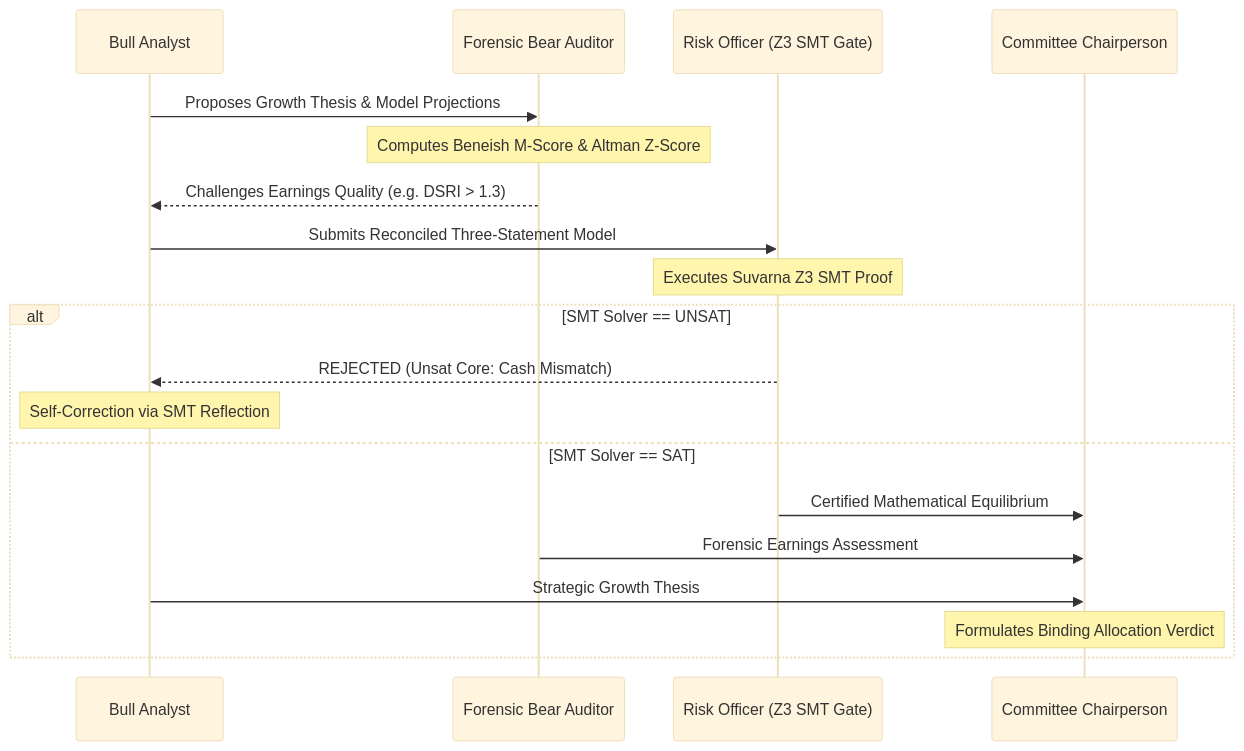
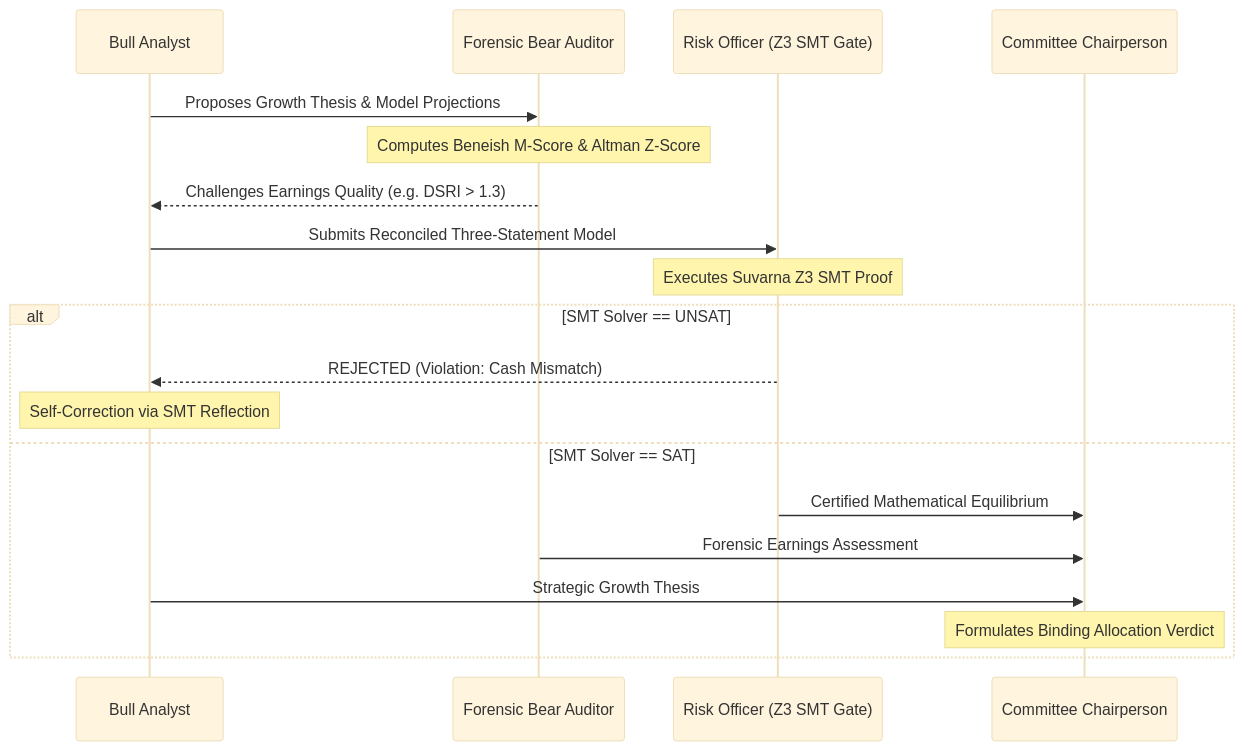
The diagram in docs/papers/01_framework_paper.md (MaxonT/lilavati), drawn with Mermaid (base theme) before and after one commit. The commit also changed other lines of this file and 11 other files, not shown here.

````diff
--- a/docs/papers/01_framework_paper.md
+++ b/docs/papers/01_framework_paper.md
@@ -248,22 +246,22 @@
 ```mermaid
 sequenceDiagram
     participant B as Bull Analyst
     participant F as Forensic Bear Auditor
     participant R as Risk Officer (Z3 SMT Gate)
     participant C as Committee Chairperson
 
     B->>F: Proposes Growth Thesis & Model Projections
     Note over F: Computes Beneish M-Score & Altman Z-Score
     F-->>B: Challenges Earnings Quality (e.g. DSRI > 1.3)
     B->>R: Submits Reconciled Three-Statement Model
     Note over R: Executes Suvarna Z3 SMT Proof
     alt SMT Solver == UNSAT
-        R-->>B: REJECTED (Unsat Core: Cash Mismatch)
+        R-->>B: REJECTED (Violation: Cash Mismatch)
         Note over B: Self-Correction via SMT Reflection
     else SMT Solver == SAT
         R->>C: Certified Mathematical Equilibrium
         F->>C: Forensic Earnings Assessment
         B->>C: Strategic Growth Thesis
         Note over C: Formulates Binding Allocation Verdict
     end
 ```
````
